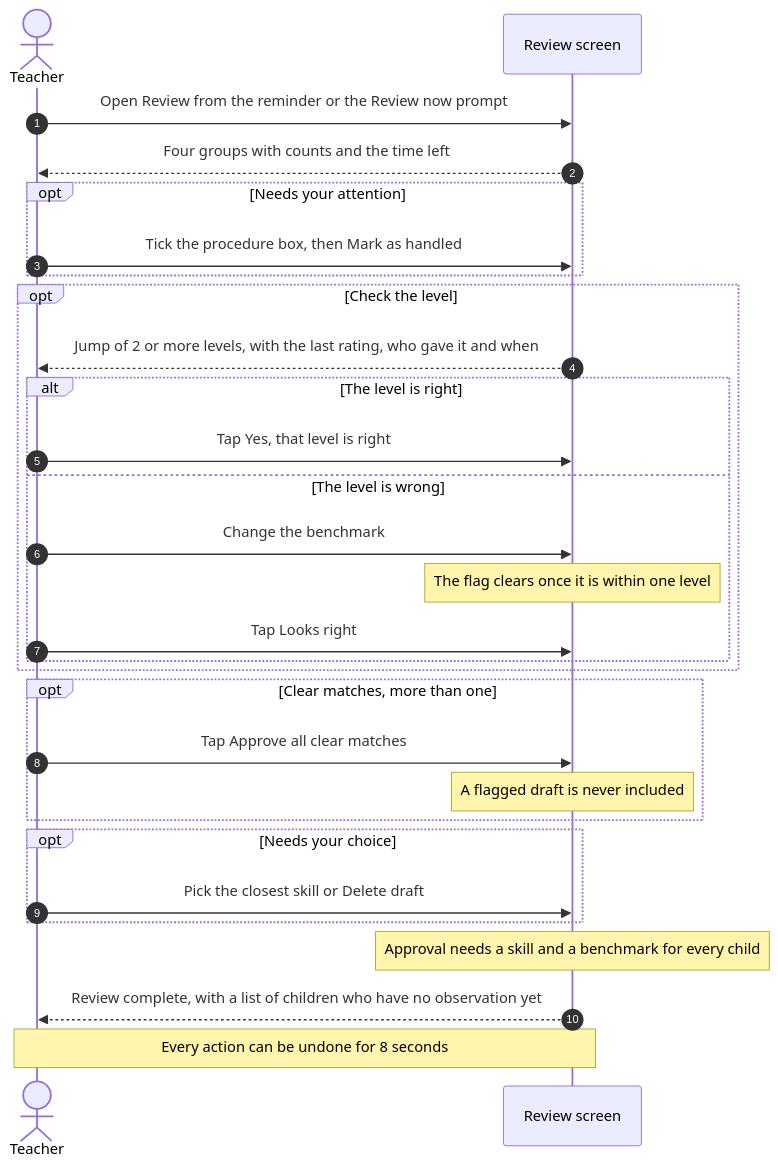
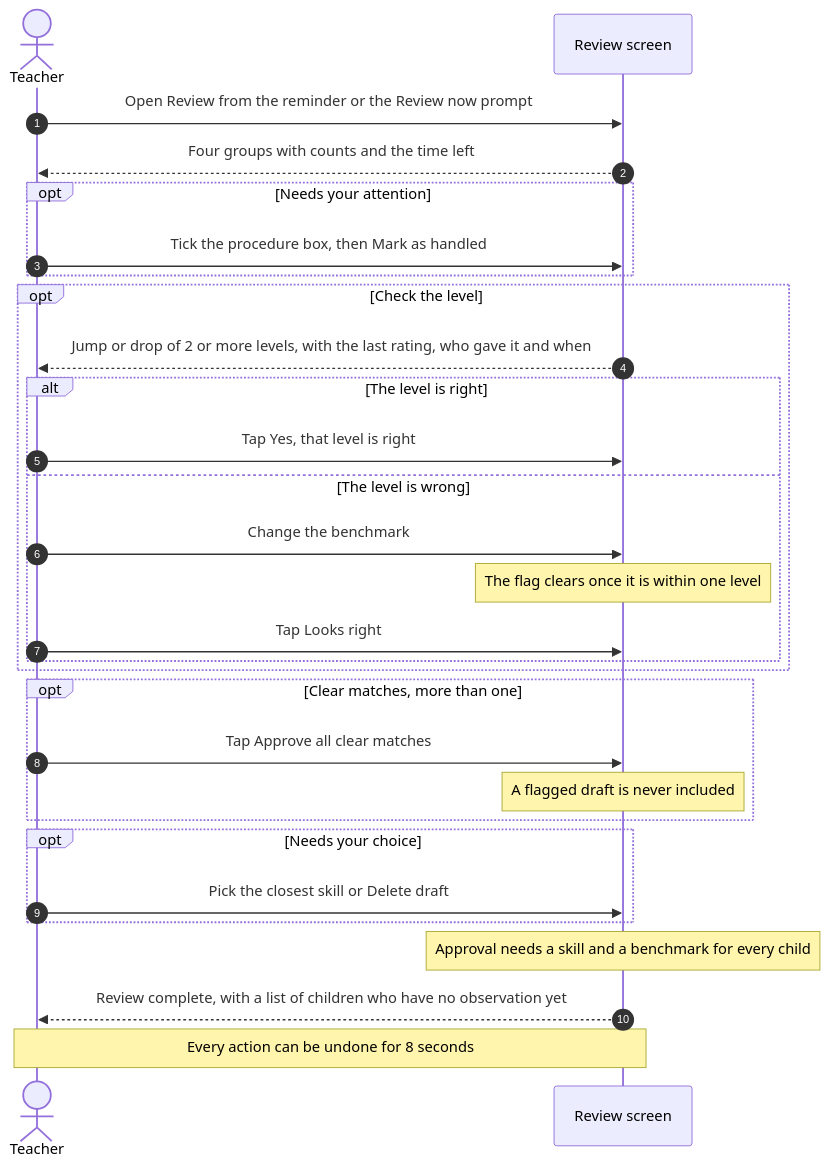
The third of 5 diagrams in spec/SPEC.md (anshulthangiah/brightwheel-observation-capture), drawn with Mermaid before and after one commit. The commit also changed other lines of this file and 18 other files, not shown here.

````diff
--- a/spec/SPEC.md
+++ b/spec/SPEC.md
@@ -227,32 +227,32 @@
 ```mermaid
 sequenceDiagram
     autonumber
     actor T as Teacher
     participant R as Review screen
 
     T->>R: Open Review from the reminder or the Review now prompt
     R-->>T: Four groups with counts and the time left
     opt Needs your attention
         T->>R: Tick the procedure box, then Mark as handled
     end
     opt Check the level
-        R-->>T: Jump of 2 or more levels, with the last rating, who gave it and when
+        R-->>T: Jump or drop of 2 or more levels, with the last rating, who gave it and when
         alt The level is right
             T->>R: Tap Yes, that level is right
         else The level is wrong
             T->>R: Change the benchmark
             Note over R: The flag clears once it is within one level
             T->>R: Tap Looks right
         end
     end
     opt Clear matches, more than one
         T->>R: Tap Approve all clear matches
         Note over R: A flagged draft is never included
     end
     opt Needs your choice
         T->>R: Pick the closest skill or Delete draft
     end
     Note over R: Approval needs a skill and a benchmark for every child
     R-->>T: Review complete, with a list of children who have no observation yet
     Note over T,R: Every action can be undone for 8 seconds
 ```
````
